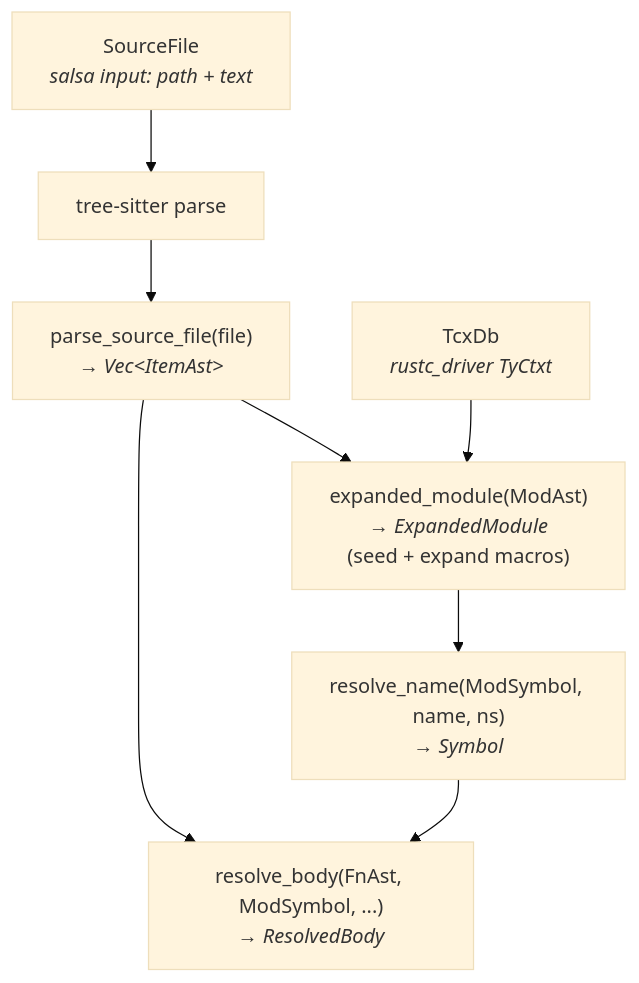
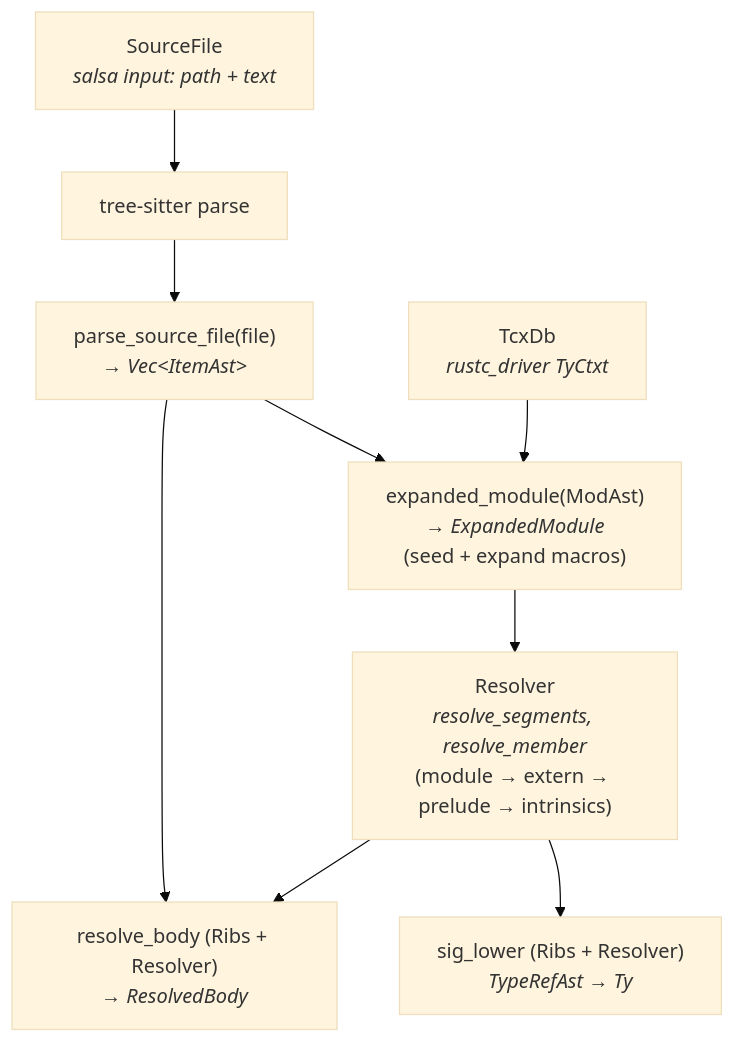
The diagram in md/design/arch.md (nikomatsakis/sage-dev), drawn with Mermaid (base theme) before and after one commit. The commit also changed other lines of this file and 1 other file, not shown here.

Commit message:
docs: update ir.md and arch.md to reflect resolution refactoring
- Document Resolver struct, Ribs module, and Intrinsic symbols
- Update SymbolData to show all four variants
- Replace TypeRef/Path/UseImport descriptions with stash-based equivalents
- Update MemmapEntry to show Vec<Name> paths (no more Path<'db>)
- Update arch.md diagram to show Resolver + Ribs layers
- Remove references to thread-local cycle detection and ModSymbol methods

````diff
--- a/md/design/arch.md
+++ b/md/design/arch.md
@@ -11,16 +11,18 @@
 ```mermaid
 graph TD
     SF["SourceFile<br><i>salsa input: path + text</i>"]
     TS["tree-sitter parse"]
     FIT["parse_source_file(file)<br><i>→ Vec&lt;ItemAst&gt;</i>"]
     EM["expanded_module(ModAst)<br><i>→ ExpandedModule</i><br>(seed + expand macros)"]
-    RN["resolve_name(ModSymbol, name, ns)<br><i>→ Symbol</i>"]
-    RB["resolve_body(FnAst, ModSymbol, ...)<br><i>→ ResolvedBody</i>"]
+    RV["Resolver<br><i>resolve_segments, resolve_member</i><br>(module → extern → prelude → intrinsics)"]
+    SL["sig_lower (Ribs + Resolver)<br><i>TypeRefAst → Ty</i>"]
+    RB["resolve_body (Ribs + Resolver)<br><i>→ ResolvedBody</i>"]
     DS["TcxDb<br><i>rustc_driver TyCtxt</i>"]
 
     SF --> TS --> FIT --> EM
     DS --> EM
-    EM --> RN
-    RN --> RB
+    EM --> RV
+    RV --> SL
+    RV --> RB
     FIT --> RB
 ```
````
